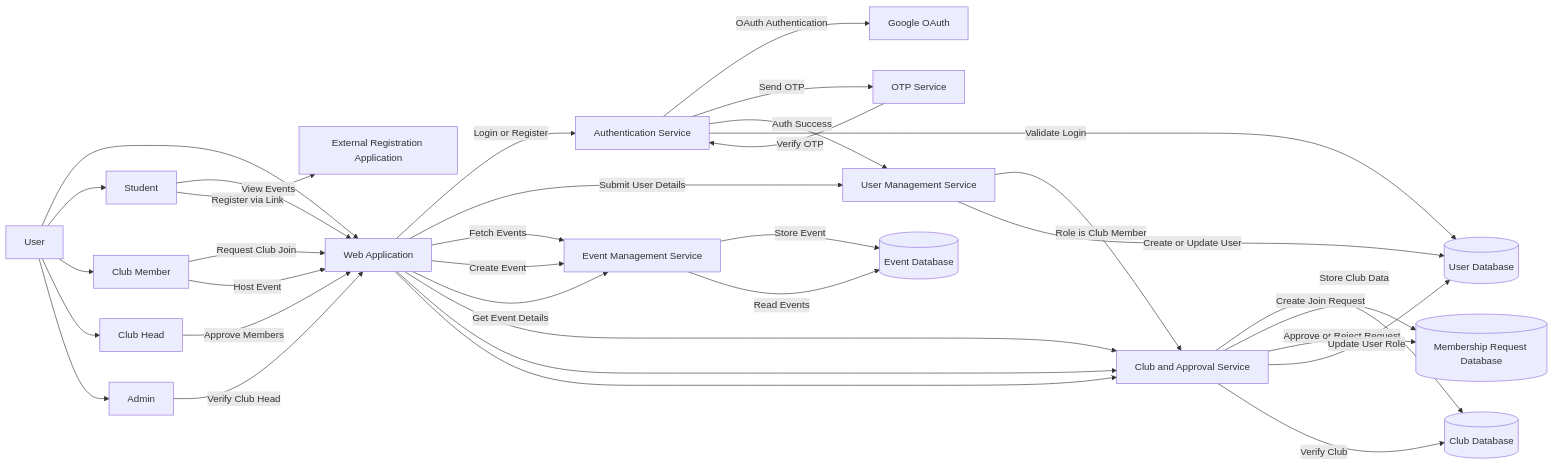
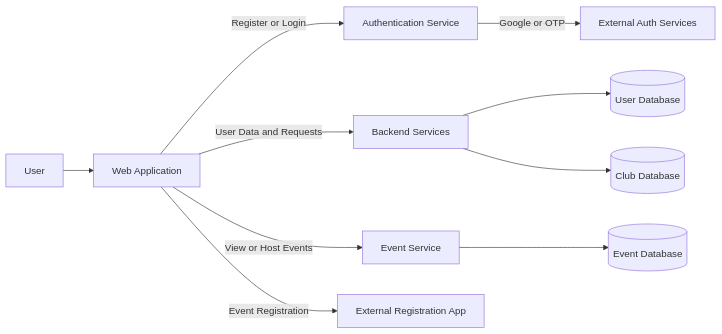
The diagram in README.md (Ashutosh9906/dsa-collection), drawn with Mermaid before and after one commit.

Commit message:
Update README.md 3

````diff
--- a/README.md
+++ b/README.md
@@ -15,107 +15,24 @@
 ```mermaid
 flowchart LR
 
-%% ======================
-%% CLIENT LAYER
-%% ======================
 User[User]
 WebApp[Web Application]
 
 User --> WebApp
 
-%% ======================
-%% AUTHENTICATION
-%% ======================
-AuthService[Authentication Service]
+Auth[Authentication Service]
+Backend[Backend Services]
+Events[Event Service]
 
-WebApp -->|Login or Register| AuthService
+WebApp -->|Register or Login| Auth
+Auth -->|Google or OTP| ExternalAuth[External Auth Services]
 
-GoogleOAuth[Google OAuth]
-OTPService[OTP Service]
+WebApp -->|User Data and Requests| Backend
+Backend --> UserDB[(User Database)]
+Backend --> ClubDB[(Club Database)]
 
-AuthService -->|OAuth Authentication| GoogleOAuth
-AuthService -->|Send OTP| OTPService
-OTPService -->|Verify OTP| AuthService
+WebApp -->|View or Host Events| Events
+Events --> EventDB[(Event Database)]
 
-%% ======================
-%% USER MANAGEMENT
-%% ======================
-UserService[User Management Service]
-
-AuthService -->|Auth Success| UserService
-WebApp -->|Submit User Details| UserService
-
-%% ======================
-%% CLUB AND APPROVAL
-%% ======================
-ClubService[Club and Approval Service]
-
-UserService -->|Role is Club Member| ClubService
-
-%% ======================
-%% EVENT MANAGEMENT
-%% ======================
-EventService[Event Management Service]
-
-WebApp -->|Fetch Events| EventService
-WebApp -->|Create Event| EventService
-
-%% ======================
-%% DATABASES
-%% ======================
-UserDB[(User Database)]
-ClubDB[(Club Database)]
-RequestDB[(Membership Request Database)]
-EventDB[(Event Database)]
-
-UserService -->|Create or Update User| UserDB
-AuthService -->|Validate Login| UserDB
-
-ClubService -->|Store Club Data| ClubDB
-ClubService -->|Create Join Request| RequestDB
-ClubService -->|Approve or Reject Request| RequestDB
-ClubService -->|Update User Role| UserDB
-
-EventService -->|Store Event| EventDB
-EventService -->|Read Events| EventDB
-
-%% ======================
-%% ROLE BASED USERS
-%% ======================
-Student[Student]
-ClubMember[Club Member]
-ClubHead[Club Head]
-Admin[Admin]
-
-User --> Student
-User --> ClubMember
-User --> ClubHead
-User --> Admin
-
-%% ======================
-%% STUDENT FLOW
-%% ======================
-Student -->|View Events| WebApp
-WebApp -->|Get Event Details| EventService
-Student -->|Register via Link| ExternalApp[External Registration Application]
-
-%% ======================
-%% CLUB MEMBER FLOW
-%% ======================
-ClubMember -->|Request Club Join| WebApp
-WebApp --> ClubService
-ClubMember -->|Host Event| WebApp
-
-%% ======================
-%% CLUB HEAD FLOW
-%% ======================
-ClubHead -->|Approve Members| WebApp
-WebApp --> ClubService
-
-%% ======================
-%% ADMIN FLOW
-%% ======================
-Admin -->|Verify Club Head| WebApp
-WebApp --> ClubService
-ClubService -->|Verify Club| ClubDB
+WebApp -->|Event Registration| ExternalApp[External Registration App]
 ```
````
